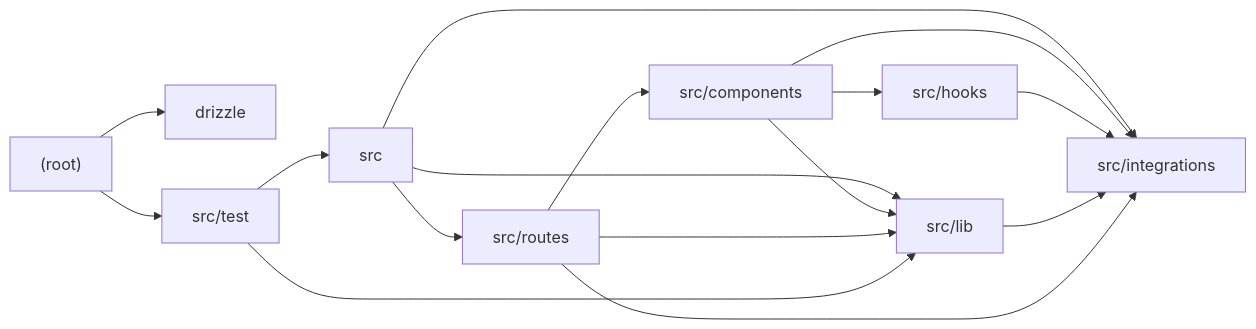
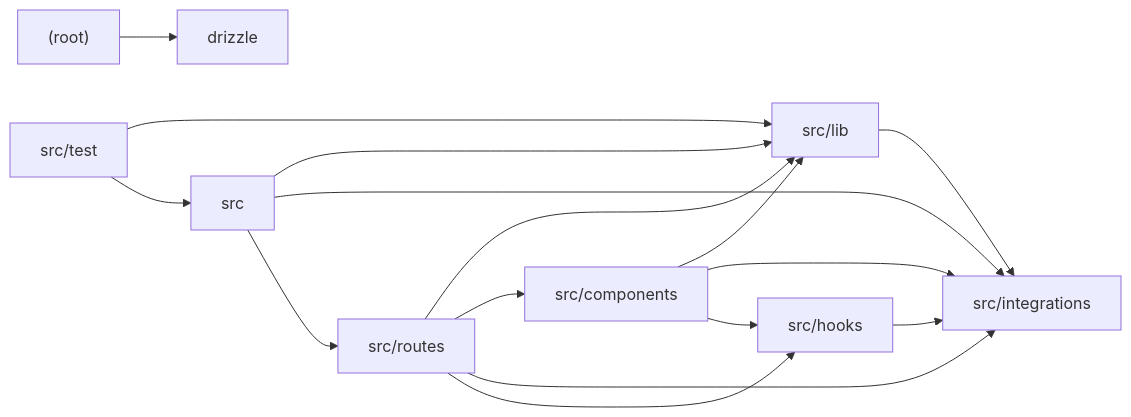
Before and after one commit to Vict2976/visit-denmark: the diagram in .eval/architecture/Architecture.md, drawn with Mermaid. The commit also changed other lines of this file and 9 other files, not shown here.

````diff
--- a/.eval/architecture/Architecture.md
+++ b/.eval/architecture/Architecture.md
@@ -21,18 +21,18 @@
 ```mermaid
 graph LR
   m0["(root)"] --> m1["drizzle"]
-  m0["(root)"] --> m8["src/test"]
-  m2["src"] --> m7["src/routes"]
   m2["src"] --> m6["src/lib"]
   m2["src"] --> m5["src/integrations"]
+  m2["src"] --> m7["src/routes"]
   m3["src/components"] --> m6["src/lib"]
+  m3["src/components"] --> m5["src/integrations"]
   m3["src/components"] --> m4["src/hooks"]
-  m3["src/components"] --> m5["src/integrations"]
   m4["src/hooks"] --> m5["src/integrations"]
   m6["src/lib"] --> m5["src/integrations"]
+  m7["src/routes"] --> m6["src/lib"]
   m7["src/routes"] --> m3["src/components"]
-  m7["src/routes"] --> m6["src/lib"]
   m7["src/routes"] --> m5["src/integrations"]
+  m7["src/routes"] --> m4["src/hooks"]
   m8["src/test"] --> m6["src/lib"]
   m8["src/test"] --> m2["src"]
 ```
````
